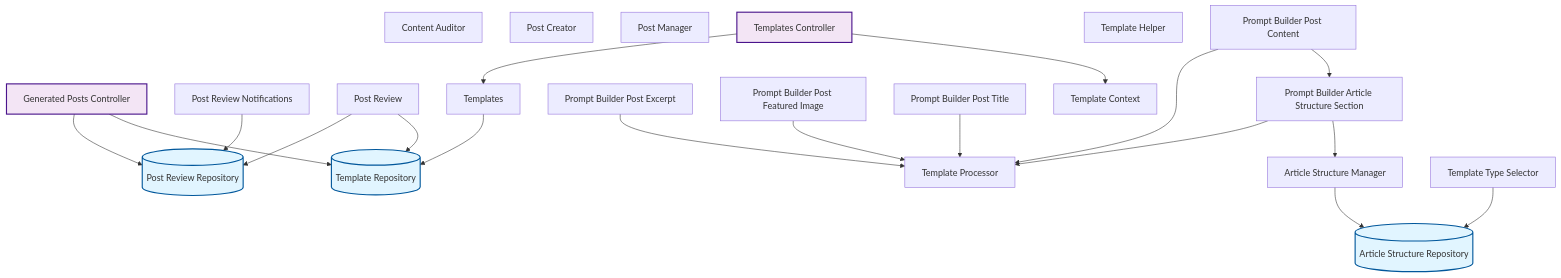
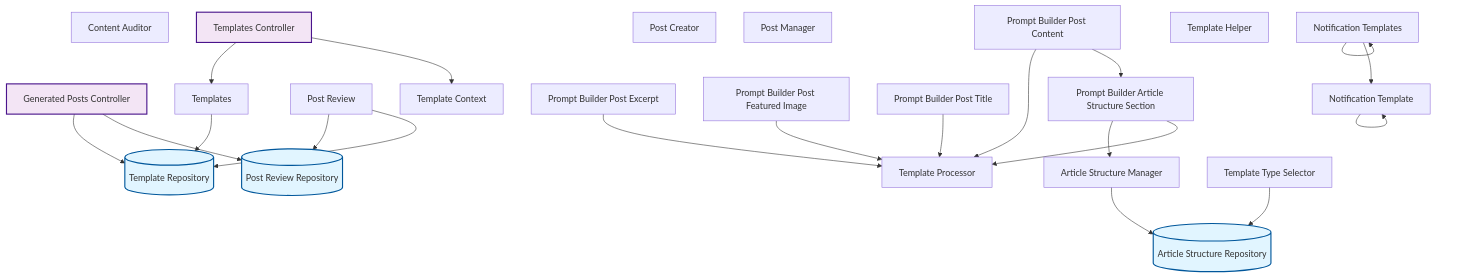
Before and after one commit to rpnunez/wp-ai-scheduler: the fourth of 10 diagrams in docs/feature-report.md, drawn with Mermaid. The commit also changed other lines of this file and 3 other files, not shown here.

````diff
--- a/docs/feature-report.md
+++ b/docs/feature-report.md
@@ -200,50 +199,53 @@
 ```mermaid
 flowchart TD
     %% Content Management Architecture
 
     Article_Structure_Manager["Article Structure Manager"]
     Article_Structure_Repository[("Article Structure Repository")]
     Content_Auditor["Content Auditor"]
     Generated_Posts_Controller["Generated Posts Controller"]
+    Notification_Template["Notification Template"]
+    Notification_Templates["Notification Templates"]
     Post_Creator["Post Creator"]
     Post_Manager["Post Manager"]
-    Post_Review_Notifications["Post Review Notifications"]
     Post_Review_Repository[("Post Review Repository")]
     Post_Review["Post Review"]
     Prompt_Builder_Article_Structure_Section["Prompt Builder Article Structure Section"]
     Prompt_Builder_Post_Content["Prompt Builder Post Content"]
     Prompt_Builder_Post_Excerpt["Prompt Builder Post Excerpt"]
     Prompt_Builder_Post_Featured_Image["Prompt Builder Post Featured Image"]
     Prompt_Builder_Post_Title["Prompt Builder Post Title"]
     Template_Context["Template Context"]
     Template_Helper["Template Helper"]
     Template_Processor["Template Processor"]
     Template_Repository[("Template Repository")]
     Template_Type_Selector["Template Type Selector"]
     Templates_Controller["Templates Controller"]
     Templates["Templates"]
 
     Article_Structure_Manager --> Article_Structure_Repository
+    Generated_Posts_Controller --> Post_Review_Repository
     Generated_Posts_Controller --> Template_Repository
-    Generated_Posts_Controller --> Post_Review_Repository
-    Post_Review_Notifications --> Post_Review_Repository
+    Notification_Template --> Notification_Template
+    Notification_Templates --> Notification_Templates
+    Notification_Templates --> Notification_Template
     Post_Review --> Template_Repository
     Post_Review --> Post_Review_Repository
+    Prompt_Builder_Article_Structure_Section --> Template_Processor
     Prompt_Builder_Article_Structure_Section --> Article_Structure_Manager
-    Prompt_Builder_Article_Structure_Section --> Template_Processor
     Prompt_Builder_Post_Content --> Prompt_Builder_Article_Structure_Section
     Prompt_Builder_Post_Content --> Template_Processor
     Prompt_Builder_Post_Excerpt --> Template_Processor
     Prompt_Builder_Post_Featured_Image --> Template_Processor
     Prompt_Builder_Post_Title --> Template_Processor
     Template_Type_Selector --> Article_Structure_Repository
     Templates_Controller --> Template_Context
     Templates_Controller --> Templates
     Templates --> Template_Repository
 
     classDef repository fill:#e1f5ff,stroke:#01579b,stroke-width:2px
     classDef service fill:#fff3e0,stroke:#e65100,stroke-width:2px
     classDef controller fill:#f3e5f5,stroke:#4a148c,stroke-width:2px
     class Article_Structure_Repository,Post_Review_Repository,Template_Repository repository
     class Generated_Posts_Controller,Templates_Controller controller
 ```
````
